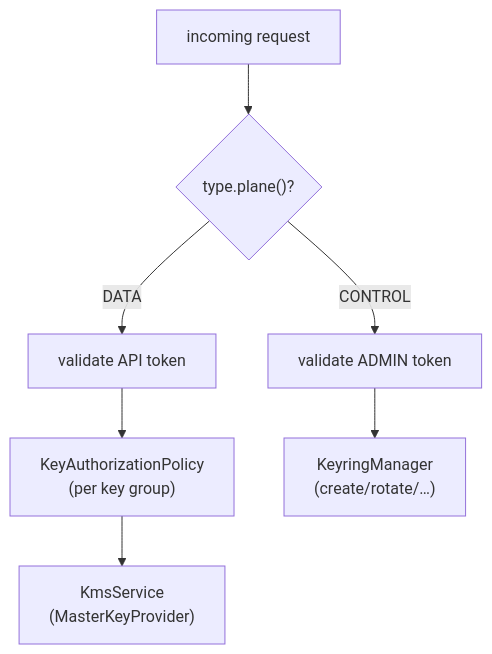
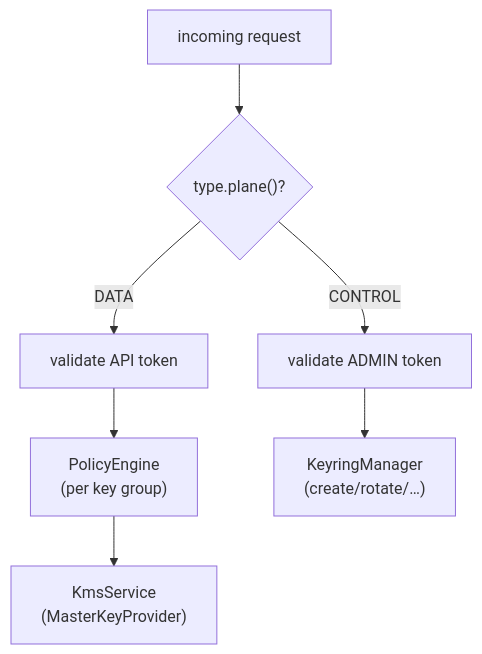
One commit to codeheadsystems/mini-auth changed the third of 7 diagrams in services/mini-kms/README.md. Above: the diagram before and after it, drawn with Mermaid. The commit also changed other lines of this file and 37 other files, not shown here.

````diff
--- a/services/mini-kms/README.md
+++ b/services/mini-kms/README.md
@@ -232,6 +235,6 @@
 ```mermaid
 flowchart TD
     REQ["incoming request"] --> P{"type.plane()?"}
-    P -->|DATA| DT["validate API token"] --> POL["KeyAuthorizationPolicy<br/>(per key group)"] --> KS["KmsService<br/>(MasterKeyProvider)"]
+    P -->|DATA| DT["validate API token"] --> POL["PolicyEngine<br/>(per key group)"] --> KS["KmsService<br/>(MasterKeyProvider)"]
     P -->|CONTROL| AT["validate ADMIN token"] --> KM["KeyringManager<br/>(create/rotate/…)"]
 ```
````
